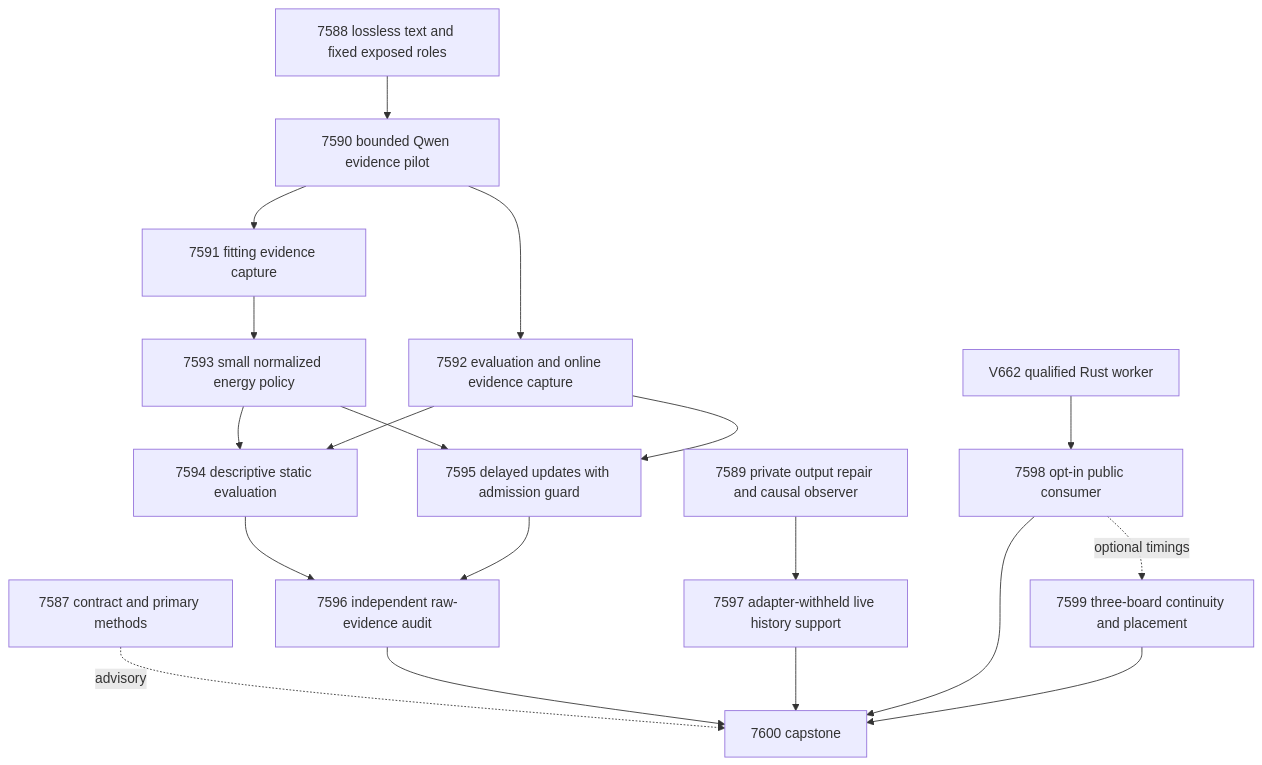
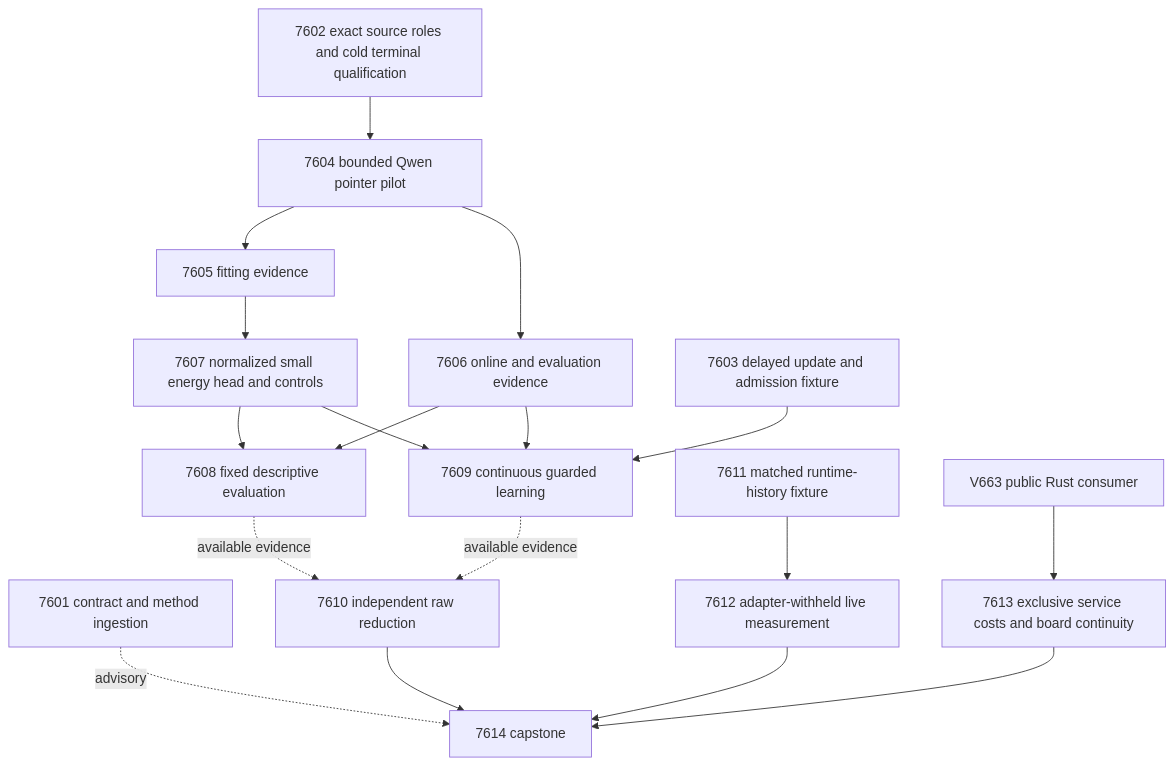
The diagram in openspec/change-proposals/research-roadmap-vNEXT.md (Carnot-EBM/carnot-ebm), drawn with Mermaid before and after one commit. The commit also changed other lines of this file and 17 other files, not shown here.

````diff
--- a/openspec/change-proposals/research-roadmap-vNEXT.md
+++ b/openspec/change-proposals/research-roadmap-vNEXT.md
@@ -74,21 +88,20 @@
 ```mermaid
 flowchart TD
-    C[7587 contract and primary methods] -. advisory .-> Z[7600 capstone]
-    P[7588 lossless text and fixed exposed roles] --> Q[7590 bounded Qwen evidence pilot]
-    Q --> F[7591 fitting evidence capture]
-    Q --> T[7592 evaluation and online evidence capture]
-    F --> H[7593 small normalized energy policy]
-    H --> E[7594 descriptive static evaluation]
+    R[7601 contract and method ingestion] -. advisory .-> Z[7614 capstone]
+    P[7602 exact source roles and cold terminal qualification] --> Q[7604 bounded Qwen pointer pilot]
+    Q --> F[7605 fitting evidence]
+    Q --> T[7606 online and evaluation evidence]
+    F --> H[7607 normalized small energy head and controls]
+    H --> E[7608 fixed descriptive evaluation]
     T --> E
-    H --> L[7595 delayed updates with admission guard]
+    U[7603 delayed update and admission fixture] --> L[7609 continuous guarded learning]
+    H --> L
     T --> L
-    E --> A[7596 independent raw-evidence audit]
-    L --> A
-    R[7589 private output repair and causal observer] --> G[7597 adapter-withheld live history support]
-    S[V662 qualified Rust worker] --> D[7598 opt-in public consumer]
-    D -. optional timings .-> B[7599 three-board continuity and placement]
+    E -. available evidence .-> A[7610 independent raw reduction]
+    L -. available evidence .-> A
+    X[7611 matched runtime-history fixture] --> Y[7612 adapter-withheld live measurement]
+    S[V663 public Rust consumer] --> D[7613 exclusive service costs and board continuity]
     A --> Z
-    G --> Z
+    Y --> Z
     D --> Z
-    B --> Z
 ```
````
